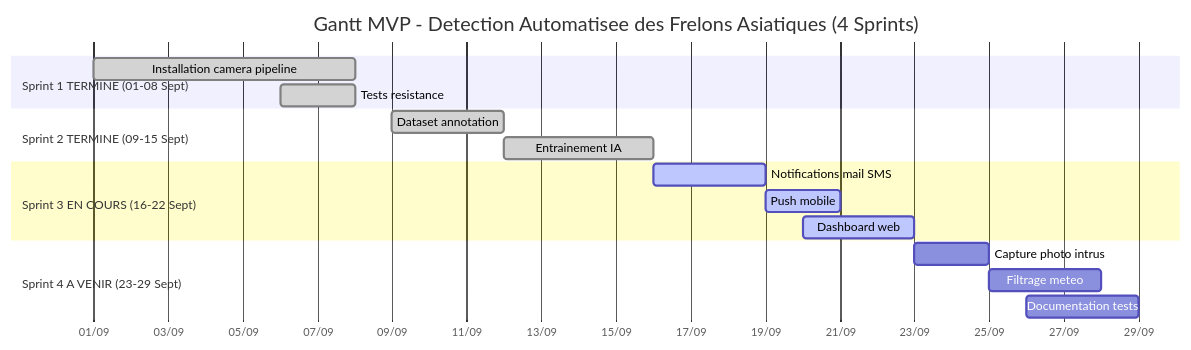
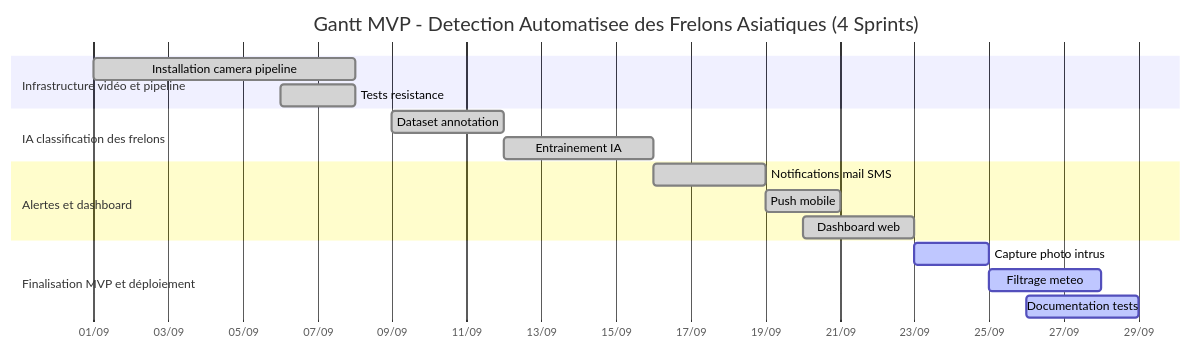
One commit to KAHINA-ABBAD/scrum-kanban changed the diagram in Dossier.md. Above: the diagram before and after it, drawn with Mermaid. The commit also changed other lines of this file, not shown here.

````diff
--- a/Dossier.md
+++ b/Dossier.md
@@ -99,26 +99,26 @@
 ```mermaid
 
 gantt
    title Gantt MVP - Detection Automatisee des Frelons Asiatiques (4 Sprints)
     dateFormat YYYY-MM-DD
     axisFormat %d/%m
 
-    section Sprint 1 TERMINE (01-08 Sept)
+    section Infrastructure vidéo et pipeline 
     Installation camera pipeline           :done,    cam1, 2025-09-01, 7d
     Tests resistance                       :done,    test1, 2025-09-06, 2d
 
-    section Sprint 2 TERMINE (09-15 Sept)
+    section IA classification des frelons 
     Dataset annotation                     :done,    data1, 2025-09-09, 3d
     Entrainement IA                        :done,    model1, 2025-09-12, 4d
 
-    section Sprint 3 EN COURS (16-22 Sept)
-    Notifications mail SMS                 :active,  notif1, 2025-09-16, 3d
-    Push mobile                            :active,  notif2, 2025-09-19, 2d
-    Dashboard web                          :active,  dash2, 2025-09-20, 3d
+    section Alertes et dashboard 
+    Notifications mail SMS                 :done,  notif1, 2025-09-16, 3d
+    Push mobile                            :done,  notif2, 2025-09-19, 2d
+    Dashboard web                          :done,  dash2, 2025-09-20, 3d
 
-    section Sprint 4 A VENIR (23-29 Sept)
-    Capture photo intrus                   :        photo1, 2025-09-23, 2d
-    Filtrage meteo                         :        filt1, 2025-09-25, 3d
-    Documentation tests                    :        doc1, 2025-09-26, 3d
+    section Finalisation MVP    et déploiement
+    Capture photo intrus                   :active,  photo1, 2025-09-23, 2d
+    Filtrage meteo                         :active,  filt1, 2025-09-25, 3d
+    Documentation tests                    :active,  doc1, 2025-09-26, 3d
 
 ```
````
